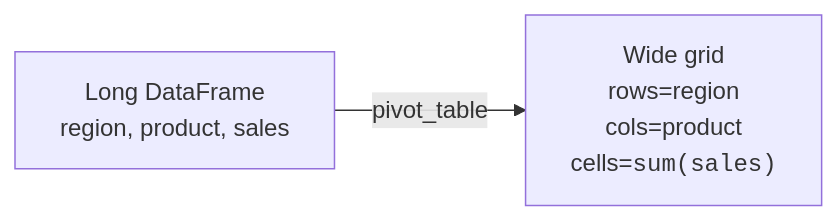
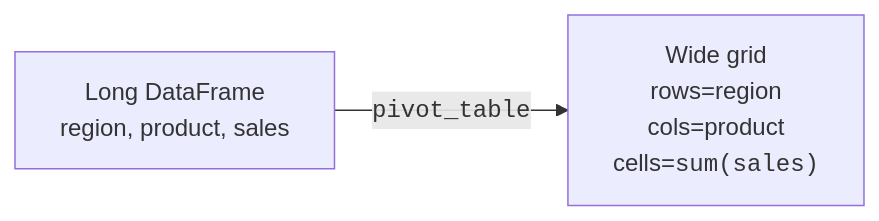
Before and after one commit to dataslope/dataslope: the diagram in content/learn/data-analysis-python-pandas/pivot-tables.mdx, drawn with Mermaid. The commit also changed 46 other files, not shown here.

First line of the commit message:
Wrap code in mermaid edge labels + entity/table names in DB diagrams

````diff
--- a/content/learn/data-analysis-python-pandas/pivot-tables.mdx
+++ b/content/learn/data-analysis-python-pandas/pivot-tables.mdx
@@ -12,4 +12,4 @@
 ```mermaid
 flowchart LR
-  L["Long DataFrame<br/>region, product, sales"] -->|pivot_table| W["Wide grid<br/>rows=region<br/>cols=product<br/>cells=<code>sum(sales)</code>"]
+  L["Long DataFrame<br/>region, product, sales"] -->|"<code>pivot_table</code>"| W["Wide grid<br/>rows=region<br/>cols=product<br/>cells=<code>sum(sales)</code>"]
 ```
````
